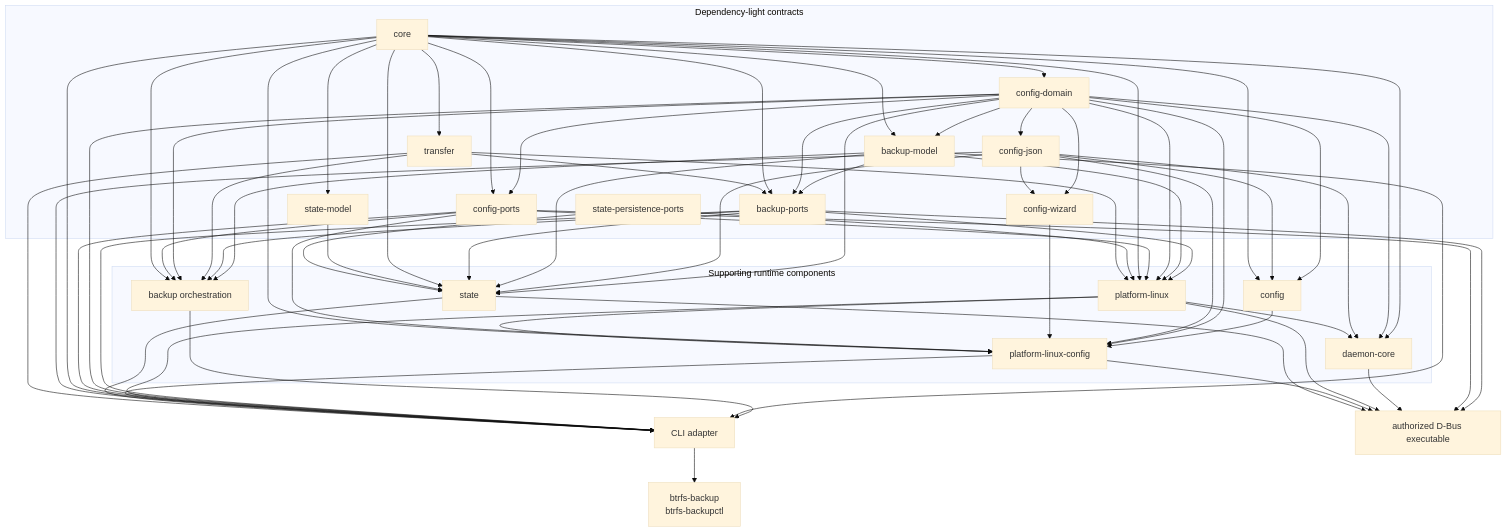
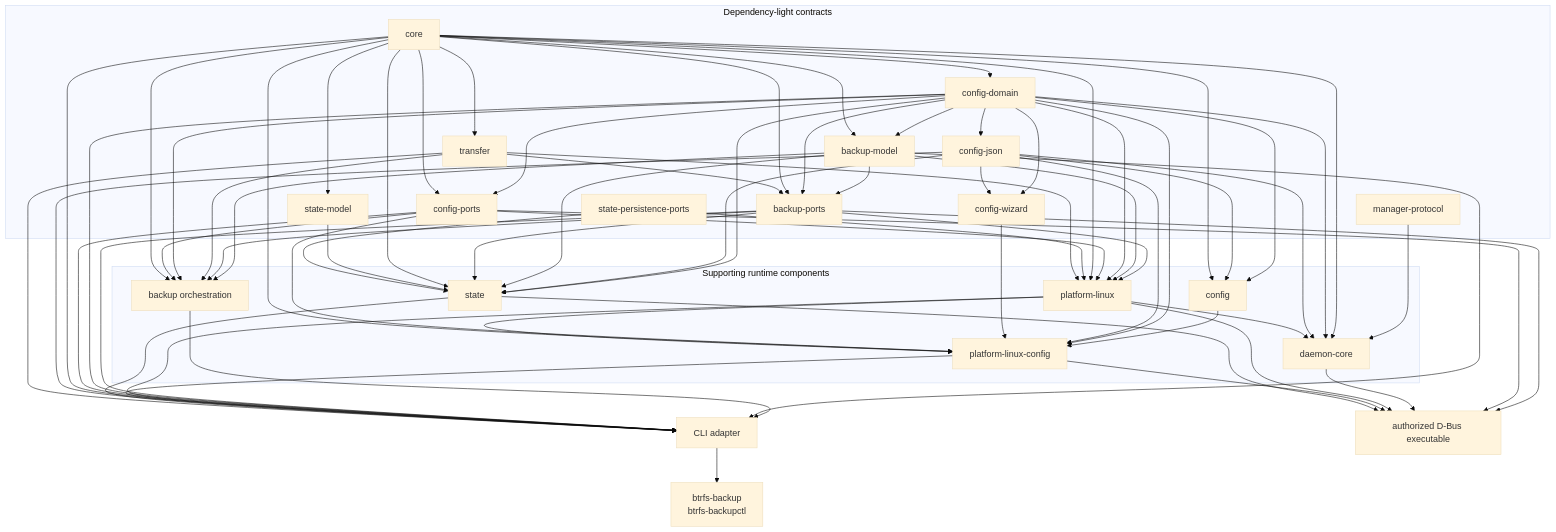
One commit to kapiwko/btrfs-backup changed the diagram in docs/cpp-layout.md. Above: the diagram before and after it, drawn with Mermaid (base theme). The commit also changed other lines of this file and 17 other files, not shown here.

Commit message:
refactor(manager): share protocol contract

````diff
--- a/docs/cpp-layout.md
+++ b/docs/cpp-layout.md
@@ -60,6 +60,7 @@
 ```mermaid
 flowchart TB
     subgraph contracts[Dependency-light contracts]
+        manager_protocol[manager-protocol]
         core[core]
         config_domain[config-domain]
         config_json[config-json]
@@ -123,6 +124,7 @@
     core --> state
     state_model --> state
     state_persistence --> state
+    manager_protocol --> daemon_core
     backup_model --> backup
     backup_ports --> backup
     transfer --> backup
````
